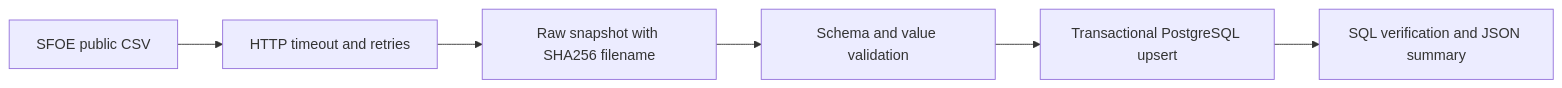
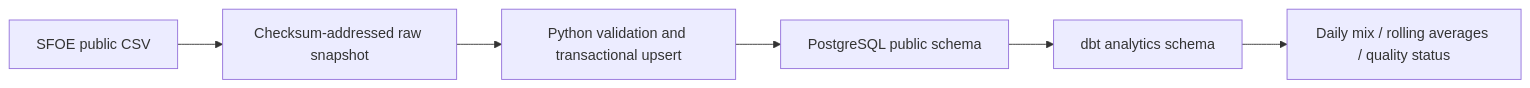
Before and after one commit to PaddyLoeliger/swiss-energy-data-platform: the diagram in README.md, drawn with Mermaid. The commit also changed other lines of this file and 9 other files, not shown here.

````diff
--- a/README.md
+++ b/README.md
@@ -28,8 +49,8 @@
 ```mermaid
 flowchart LR
-  A[SFOE public CSV] --> B[HTTP timeout and retries]
-  B --> C[Raw snapshot with SHA256 filename]
-  C --> D[Schema and value validation]
-  D --> E[Transactional PostgreSQL upsert]
-  E --> F[SQL verification and JSON summary]
+  source[SFOE public CSV] --> raw[Checksum-addressed raw snapshot]
+  raw --> python[Python validation and transactional upsert]
+  python --> postgres[PostgreSQL public schema]
+  postgres --> dbt[dbt analytics schema]
+  dbt --> outputs[Daily mix / rolling averages / quality status]
 ```
````
